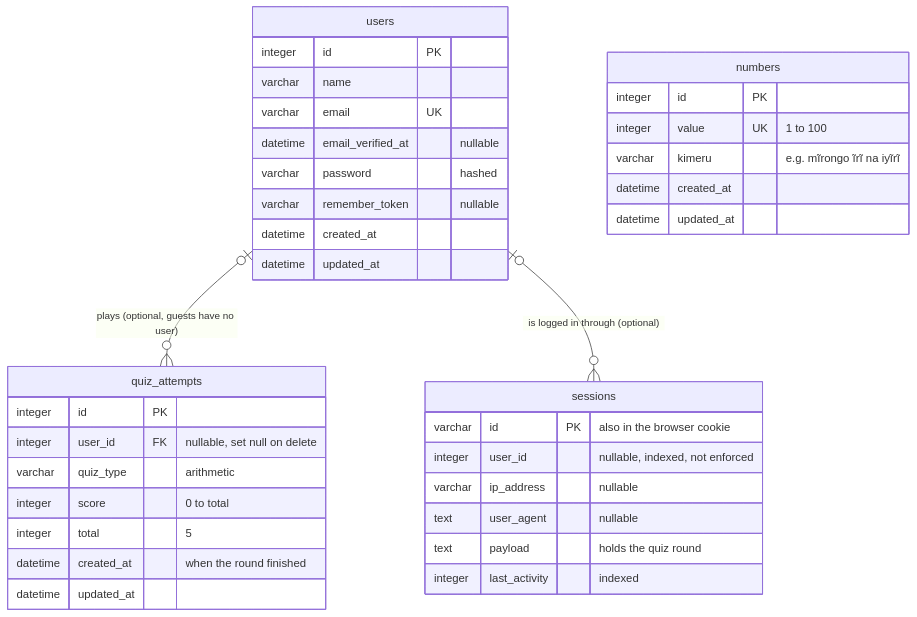
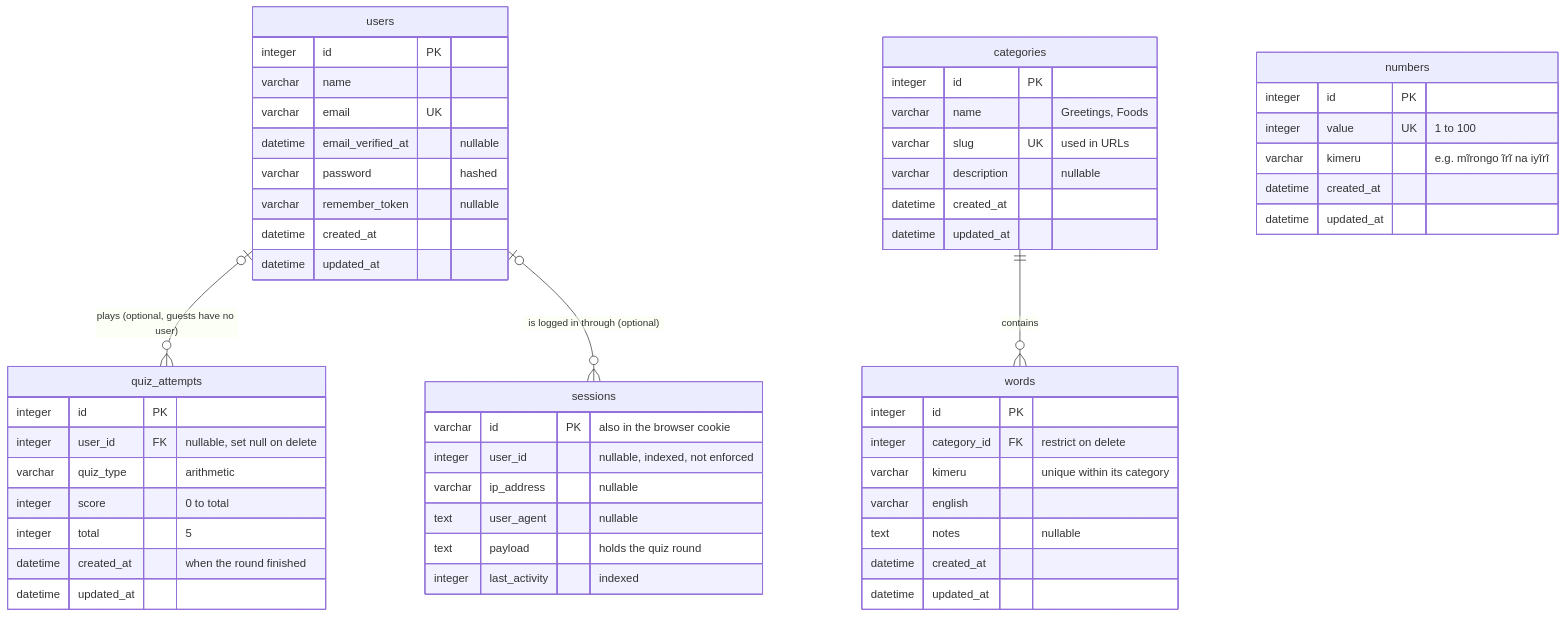
The diagram in docs/erd/kimeru-learn.mmd (Cato-Devs/kimeru-learn), drawn with Mermaid before and after one commit. The commit also changed 6 other files, not shown here.

```diff
--- a/docs/erd/kimeru-learn.mmd
+++ b/docs/erd/kimeru-learn.mmd
@@ -1,41 +1,61 @@
 erDiagram
     users |o--o{ quiz_attempts : "plays (optional, guests have no user)"
     users |o--o{ sessions : "is logged in through (optional)"
+    categories ||--o{ words : "contains"
 
     numbers {
         integer id PK
         integer value UK "1 to 100"
         varchar kimeru "e.g. mĩrongo ĩrĩ na iyĩrĩ"
         datetime created_at
         datetime updated_at
     }
 
     quiz_attempts {
         integer id PK
         integer user_id FK "nullable, set null on delete"
         varchar quiz_type "arithmetic"
         integer score "0 to total"
         integer total "5"
         datetime created_at "when the round finished"
         datetime updated_at
     }
 
     users {
         integer id PK
         varchar name
         varchar email UK
         datetime email_verified_at "nullable"
         varchar password "hashed"
         varchar remember_token "nullable"
         datetime created_at
         datetime updated_at
     }
 
     sessions {
         varchar id PK "also in the browser cookie"
         integer user_id "nullable, indexed, not enforced"
         varchar ip_address "nullable"
         text user_agent "nullable"
         text payload "holds the quiz round"
         integer last_activity "indexed"
     }
+
+    categories {
+        integer id PK
+        varchar name "Greetings, Foods"
+        varchar slug UK "used in URLs"
+        varchar description "nullable"
+        datetime created_at
+        datetime updated_at
+    }
+
+    words {
+        integer id PK
+        integer category_id FK "restrict on delete"
+        varchar kimeru "unique within its category"
+        varchar english
+        text notes "nullable"
+        datetime created_at
+        datetime updated_at
+    }
```
